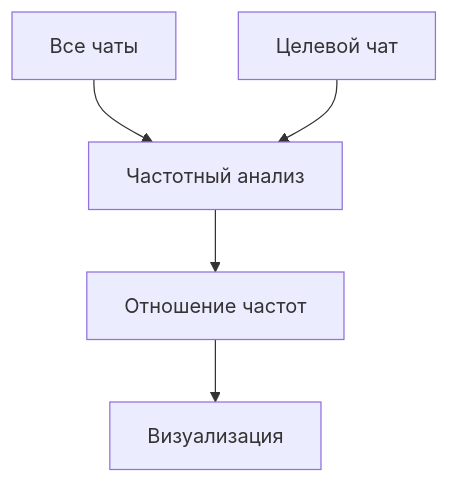
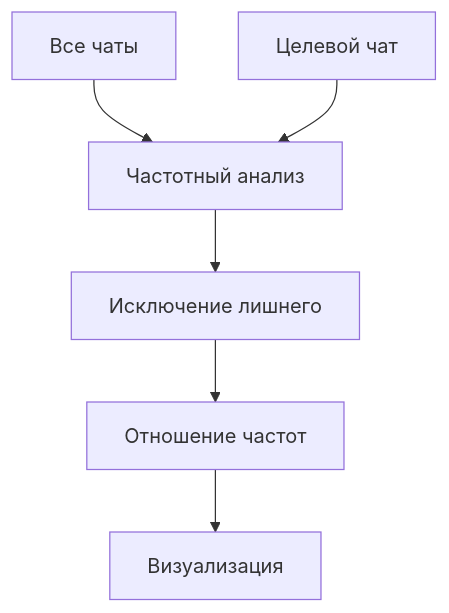
One commit to Manshooo/telegram-export-analysis changed the diagram in README.md. Above: the diagram before and after it, drawn with Mermaid. The commit also changed other lines of this file and 1 other file, not shown here.

````diff
--- a/README.md
+++ b/README.md
@@ -76,7 +95,8 @@
 ```mermaid
 graph TD
     A[Все чаты] --> B[Частотный анализ]
     C[Целевой чат] --> B
-    B --> D[Отношение частот]
-    D --> E[Визуализация]
+    B --> D[Исключение лишнего]
+    D --> E[Отношение частот]
+    E --> F[Визуализация]
 ```
````
